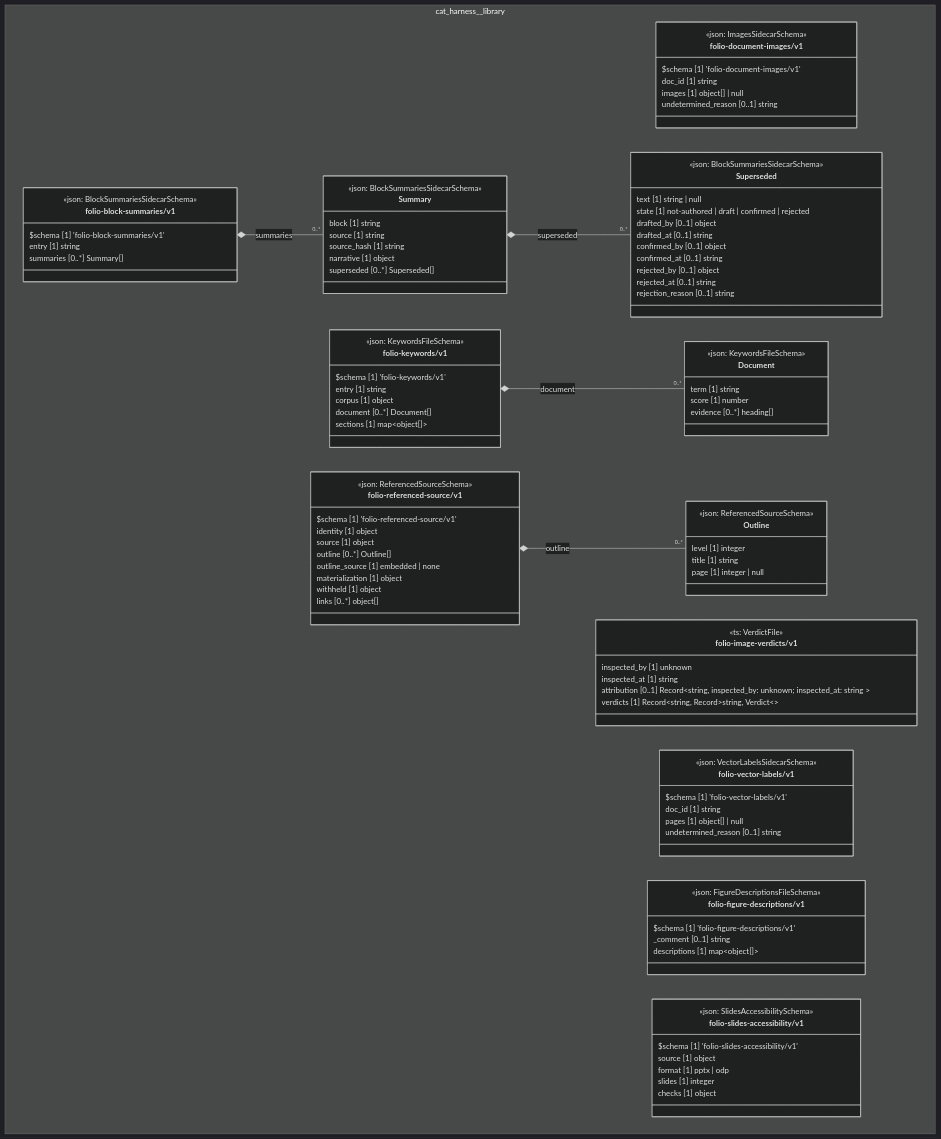
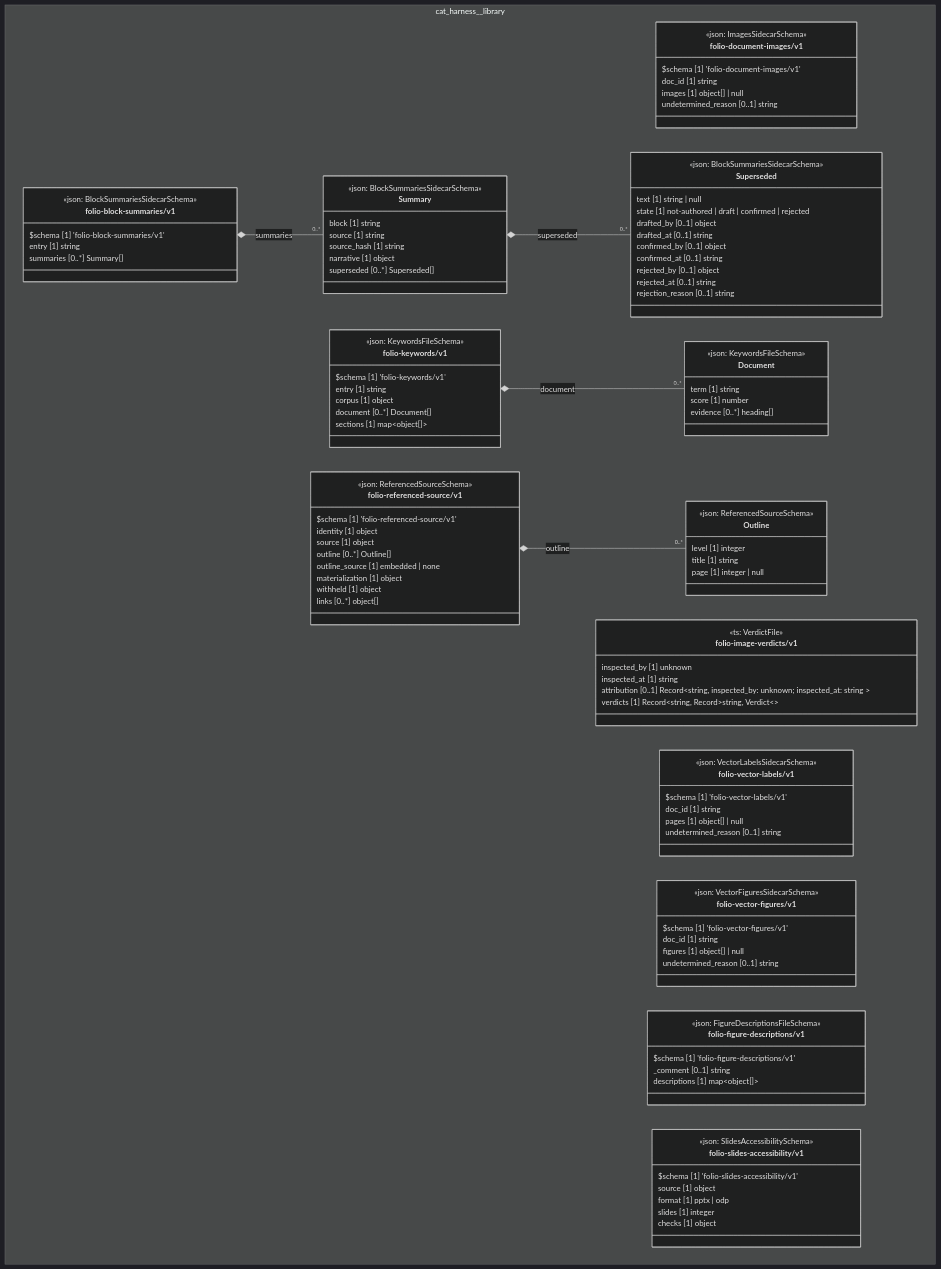
The diagram in cat-harness/uml/overview/cat-harness/library.mmd (litlfred/folio-assistant), drawn with Mermaid (dark theme) before and after one commit. The commit also changed 30 other files, not shown here.

```diff
--- a/cat-harness/uml/overview/cat-harness/library.mmd
+++ b/cat-harness/uml/overview/cat-harness/library.mmd
@@ -1,112 +1,120 @@
 classDiagram
   direction TB
   namespace cat_harness__library {
     class cat_harness_library_folio_document_images_v1_folio_document_images_v1["folio-document-images/v1"] {
       <<json: ImagesSidecarSchema>>
       $schema [1] 'folio-document-images/v1'
       doc_id [1] string
       images [1] object[] | null
       undetermined_reason [0..1] string
     }
     class cat_harness_library_folio_image_verdicts_v1["folio-image-verdicts/v1"] {
       <<ts: VerdictFile>>
       inspected_by [1] unknown
       inspected_at [1] string
       attribution [0..1] Record~string,  inspected_by: unknown; inspected_at: string ~
       verdicts [1] Record~string, Record~string, Verdict~~
     }
     class cat_harness_library_folio_vector_labels_v1_folio_vector_labels_v1["folio-vector-labels/v1"] {
       <<json: VectorLabelsSidecarSchema>>
       $schema [1] 'folio-vector-labels/v1'
       doc_id [1] string
       pages [1] object[] | null
+      undetermined_reason [0..1] string
+    }
+    class cat_harness_library_folio_vector_figures_v1_folio_vector_figures_v1["folio-vector-figures/v1"] {
+      <<json: VectorFiguresSidecarSchema>>
+      $schema [1] 'folio-vector-figures/v1'
+      doc_id [1] string
+      figures [1] object[] | null
       undetermined_reason [0..1] string
     }
     class cat_harness_library_folio_figure_descriptions_v1_folio_figure_descriptions_v1["folio-figure-descriptions/v1"] {
       <<json: FigureDescriptionsFileSchema>>
       $schema [1] 'folio-figure-descriptions/v1'
       _comment [0..1] string
       descriptions [1] map~object[]~
     }
     class cat_harness_library_folio_block_summaries_v1_Superseded["Superseded"] {
       <<json: BlockSummariesSidecarSchema>>
       text [1] string | null
       state [1] not-authored | draft | confirmed | rejected
       drafted_by [0..1] object
       drafted_at [0..1] string
       confirmed_by [0..1] object
       confirmed_at [0..1] string
       rejected_by [0..1] object
       rejected_at [0..1] string
       rejection_reason [0..1] string
     }
     class cat_harness_library_folio_block_summaries_v1_Summary["Summary"] {
       <<json: BlockSummariesSidecarSchema>>
       block [1] string
       source [1] string
       source_hash [1] string
       narrative [1] object
       superseded [0..*] Superseded[]
     }
     class cat_harness_library_folio_block_summaries_v1_folio_block_summaries_v1["folio-block-summaries/v1"] {
       <<json: BlockSummariesSidecarSchema>>
       $schema [1] 'folio-block-summaries/v1'
       entry [1] string
       summaries [0..*] Summary[]
     }
     class cat_harness_library_folio_keywords_v1_Document["Document"] {
       <<json: KeywordsFileSchema>>
       term [1] string
       score [1] number
       evidence [0..*] heading[]
     }
     class cat_harness_library_folio_keywords_v1_folio_keywords_v1["folio-keywords/v1"] {
       <<json: KeywordsFileSchema>>
       $schema [1] 'folio-keywords/v1'
       entry [1] string
       corpus [1] object
       document [0..*] Document[]
       sections [1] map~object[]~
     }
     class cat_harness_library_folio_slides_accessibility_v1_folio_slides_accessibility_v1["folio-slides-accessibility/v1"] {
       <<json: SlidesAccessibilitySchema>>
       $schema [1] 'folio-slides-accessibility/v1'
       source [1] object
       format [1] pptx | odp
       slides [1] integer
       checks [1] object
     }
     class cat_harness_library_folio_referenced_source_v1_Outline["Outline"] {
       <<json: ReferencedSourceSchema>>
       level [1] integer
       title [1] string
       page [1] integer | null
     }
     class cat_harness_library_folio_referenced_source_v1_folio_referenced_source_v1["folio-referenced-source/v1"] {
       <<json: ReferencedSourceSchema>>
       $schema [1] 'folio-referenced-source/v1'
       identity [1] object
       source [1] object
       outline [0..*] Outline[]
       outline_source [1] embedded | none
       materialization [1] object
       withheld [1] object
       links [0..*] object[]
     }
   }
   cat_harness_library_folio_block_summaries_v1_Summary *-- "0..*" cat_harness_library_folio_block_summaries_v1_Superseded : superseded
   cat_harness_library_folio_block_summaries_v1_folio_block_summaries_v1 *-- "0..*" cat_harness_library_folio_block_summaries_v1_Summary : summaries
   cat_harness_library_folio_keywords_v1_folio_keywords_v1 *-- "0..*" cat_harness_library_folio_keywords_v1_Document : document
   cat_harness_library_folio_referenced_source_v1_folio_referenced_source_v1 *-- "0..*" cat_harness_library_folio_referenced_source_v1_Outline : outline
   cssClass "cat_harness_library_folio_document_images_v1_folio_document_images_v1" fa_uml_kind_library
   cssClass "cat_harness_library_folio_image_verdicts_v1" fa_uml_kind_library
   cssClass "cat_harness_library_folio_vector_labels_v1_folio_vector_labels_v1" fa_uml_kind_library
+  cssClass "cat_harness_library_folio_vector_figures_v1_folio_vector_figures_v1" fa_uml_kind_library
   cssClass "cat_harness_library_folio_figure_descriptions_v1_folio_figure_descriptions_v1" fa_uml_kind_library
   cssClass "cat_harness_library_folio_block_summaries_v1_Superseded" fa_uml_kind_library
   cssClass "cat_harness_library_folio_block_summaries_v1_Summary" fa_uml_kind_library
   cssClass "cat_harness_library_folio_block_summaries_v1_folio_block_summaries_v1" fa_uml_kind_library
   cssClass "cat_harness_library_folio_keywords_v1_Document" fa_uml_kind_library
   cssClass "cat_harness_library_folio_keywords_v1_folio_keywords_v1" fa_uml_kind_library
   cssClass "cat_harness_library_folio_slides_accessibility_v1_folio_slides_accessibility_v1" fa_uml_kind_library
   cssClass "cat_harness_library_folio_referenced_source_v1_Outline" fa_uml_kind_library
   cssClass "cat_harness_library_folio_referenced_source_v1_folio_referenced_source_v1" fa_uml_kind_library
```
